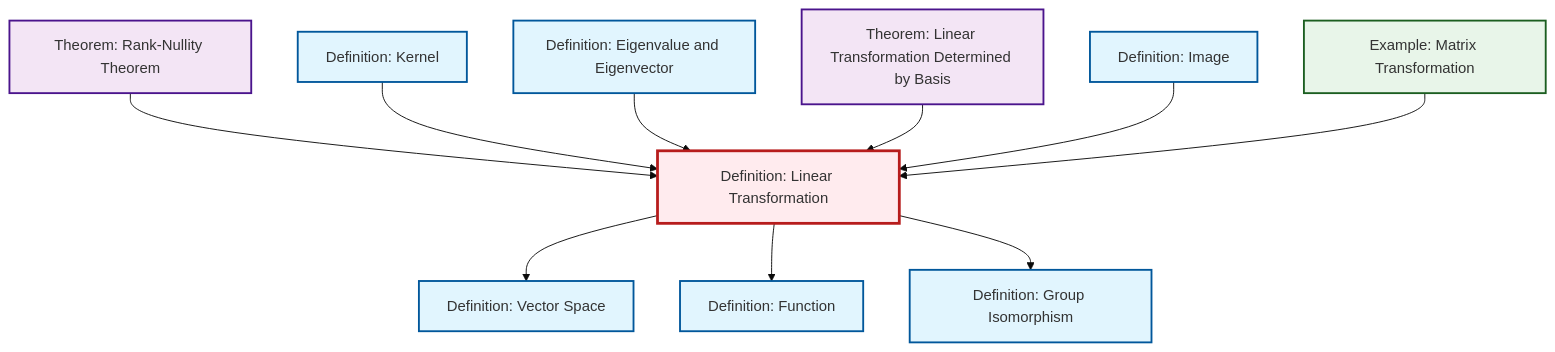
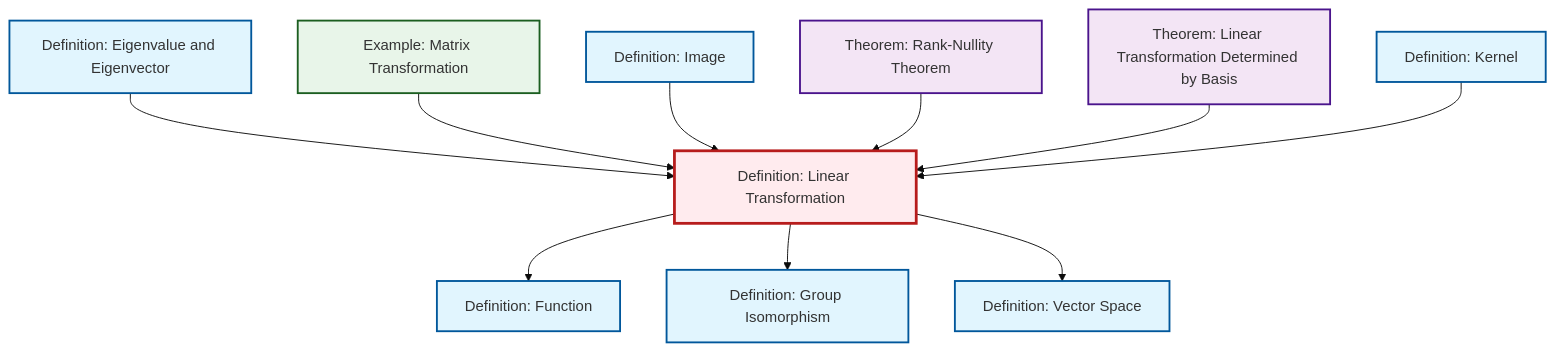
The diagram in content/en/algebra/def-linear-transformation.qmd (RK0429/ModernMath), drawn with Mermaid (base theme) before and after one commit. The commit also changed other lines of this file and 654 other files, not shown here.

````diff
--- a/content/en/algebra/def-linear-transformation.qmd
+++ b/content/en/algebra/def-linear-transformation.qmd
@@ -46,38 +46,38 @@
 ```{mermaid}
 %%| fig-cap: "Local dependency graph"
 graph TD
     classDef definition fill:#e1f5fe,stroke:#01579b,stroke-width:2px
     classDef theorem fill:#f3e5f5,stroke:#4a148c,stroke-width:2px
     classDef axiom fill:#fff3e0,stroke:#e65100,stroke-width:2px
     classDef example fill:#e8f5e9,stroke:#1b5e20,stroke-width:2px
     classDef current fill:#ffebee,stroke:#b71c1c,stroke-width:3px
+    ex-matrix-transformation["Example: Matrix Transformation"]:::example
     thm-rank-nullity["Theorem: Rank-Nullity Theorem"]:::theorem
+    def-isomorphism["Definition: Group Isomorphism"]:::definition
     def-image["Definition: Image"]:::definition
     def-eigenvalue-eigenvector["Definition: Eigenvalue and Eigenvector"]:::definition
-    def-isomorphism["Definition: Group Isomorphism"]:::definition
+    def-kernel["Definition: Kernel"]:::definition
     def-function["Definition: Function"]:::definition
+    thm-linear-transformation-basis["Theorem: Linear Transformation Determined by Basis"]:::theorem
     def-linear-transformation["Definition: Linear Transformation"]:::definition
-    def-kernel["Definition: Kernel"]:::definition
-    thm-linear-transformation-basis["Theorem: Linear Transformation Determined by Basis"]:::theorem
     def-vector-space["Definition: Vector Space"]:::definition
-    ex-matrix-transformation["Example: Matrix Transformation"]:::example
+    def-eigenvalue-eigenvector --> def-linear-transformation
+    def-linear-transformation --> def-function
+    def-linear-transformation --> def-isomorphism
     def-linear-transformation --> def-vector-space
+    ex-matrix-transformation --> def-linear-transformation
+    def-image --> def-linear-transformation
     thm-rank-nullity --> def-linear-transformation
+    thm-linear-transformation-basis --> def-linear-transformation
     def-kernel --> def-linear-transformation
-    def-linear-transformation --> def-function
-    def-eigenvalue-eigenvector --> def-linear-transformation
-    thm-linear-transformation-basis --> def-linear-transformation
-    def-linear-transformation --> def-isomorphism
-    def-image --> def-linear-transformation
-    ex-matrix-transformation --> def-linear-transformation
     class def-linear-transformation current
+    click ex-matrix-transformation "ex-matrix-transformation.html" "Go to Matrix Transformation example"
     click thm-rank-nullity "thm-rank-nullity.html" "Go to Rank-Nullity Theorem theorem"
+    click def-isomorphism "def-isomorphism.html" "Go to Group Isomorphism definition"
     click def-image "def-image.html" "Go to Image definition"
     click def-eigenvalue-eigenvector "def-eigenvalue-eigenvector.html" "Go to Eigenvalue and Eigenvector definition"
-    click def-isomorphism "def-isomorphism.html" "Go to Group Isomorphism definition"
+    click def-kernel "def-kernel.html" "Go to Kernel definition"
     click def-function "def-function.html" "Go to Function definition"
-    click def-kernel "def-kernel.html" "Go to Kernel definition"
     click thm-linear-transformation-basis "thm-linear-transformation-basis.html" "Go to Linear Transformation Determined by Basis theorem"
     click def-vector-space "def-vector-space.html" "Go to Vector Space definition"
-    click ex-matrix-transformation "ex-matrix-transformation.html" "Go to Matrix Transformation example"
 ```
````
